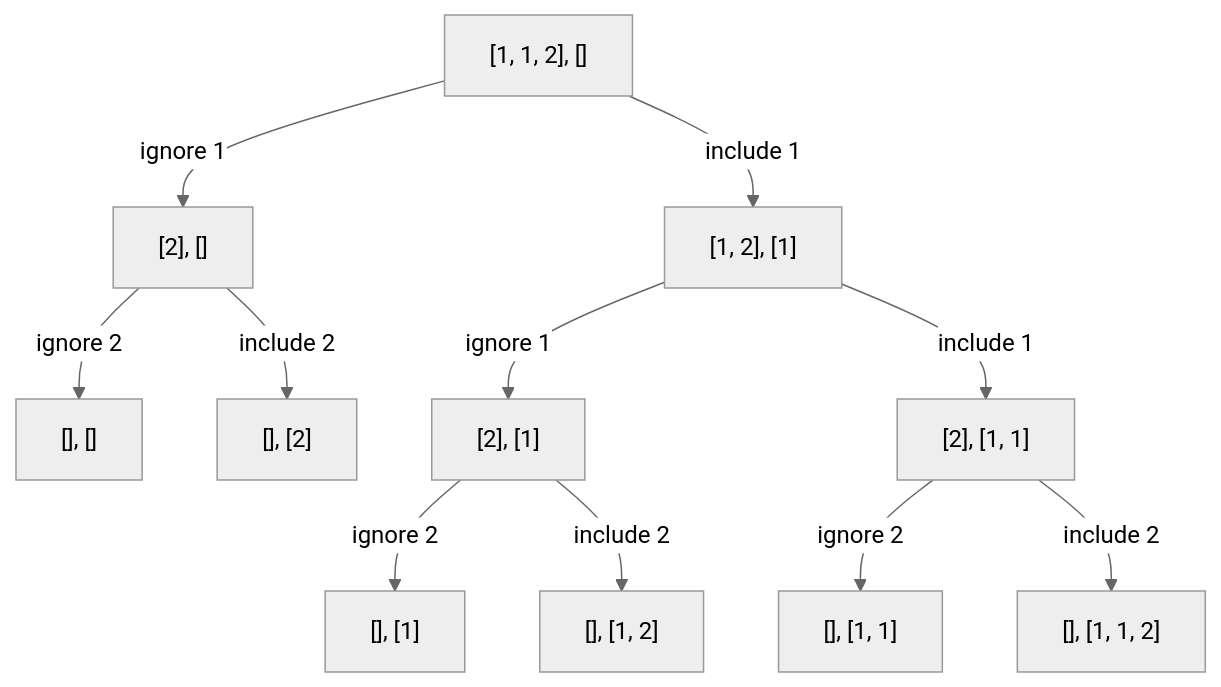
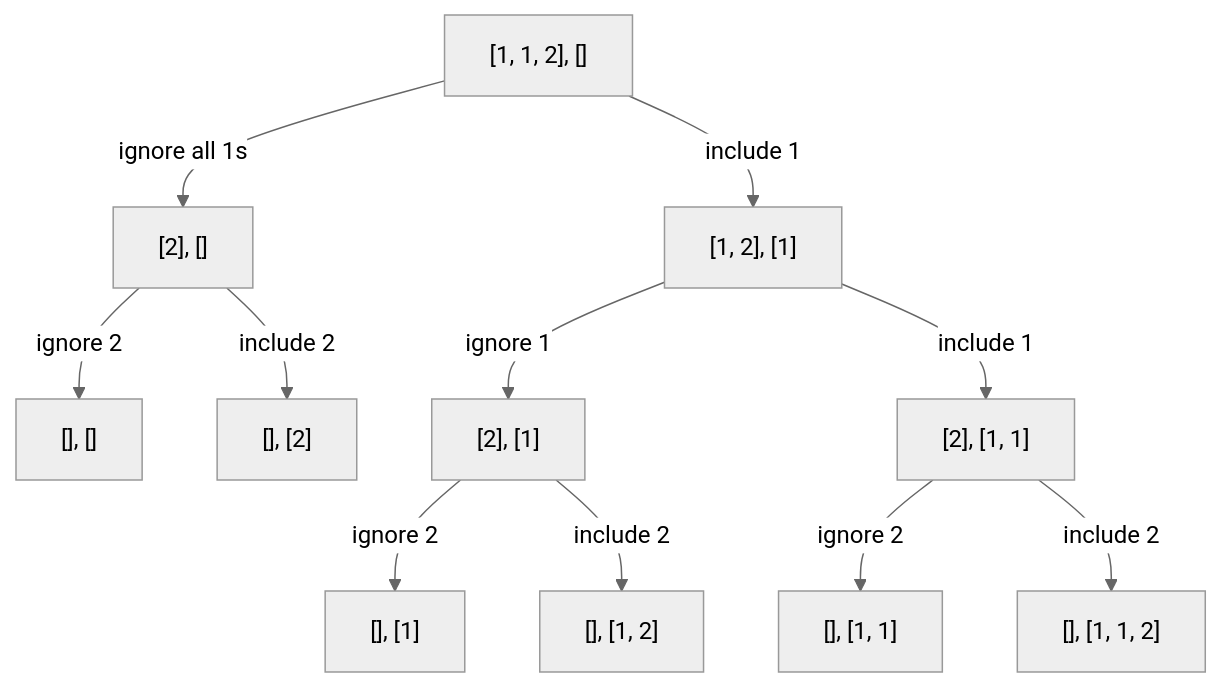
The fourth of 8 diagrams in 08-recursion.md (SutirthaSaha/coding), drawn with Mermaid (neutral theme) before and after one commit. The commit also changed other lines of this file and 2 other files, not shown here.

````diff
--- a/08-recursion.md
+++ b/08-recursion.md
@@ -357,24 +363,24 @@
 ```mermaid
 graph TD  
-    A["[1, 1, 2], []"] -->|ignore 1| B["[2], []"]  
+    A["[1, 1, 2], []"] -->|ignore all 1s| B["[2], []"]  
     A -->|include 1| C["[1, 2], [1]"]  
       
     B -->|ignore 2| D["[], []"]  
     B -->|include 2| E["[], [2]"]  
       
     C -->|ignore 1| F["[2], [1]"]  
     C -->|include 1| G["[2], [1, 1]"]  
       
     F -->|ignore 2| H["[], [1]"]  
     F -->|include 2| I["[], [1, 2]"]  
       
     G -->|ignore 2| J["[], [1, 1]"]  
     G -->|include 2| K["[], [1, 1, 2]"]  
   
     D["[], []"]  
     E["[], [2]"]  
     H["[], [1]"]  
     I["[], [1, 2]"]  
     J["[], [1, 1]"]  
     K["[], [1, 1, 2]"]
 ```
````
